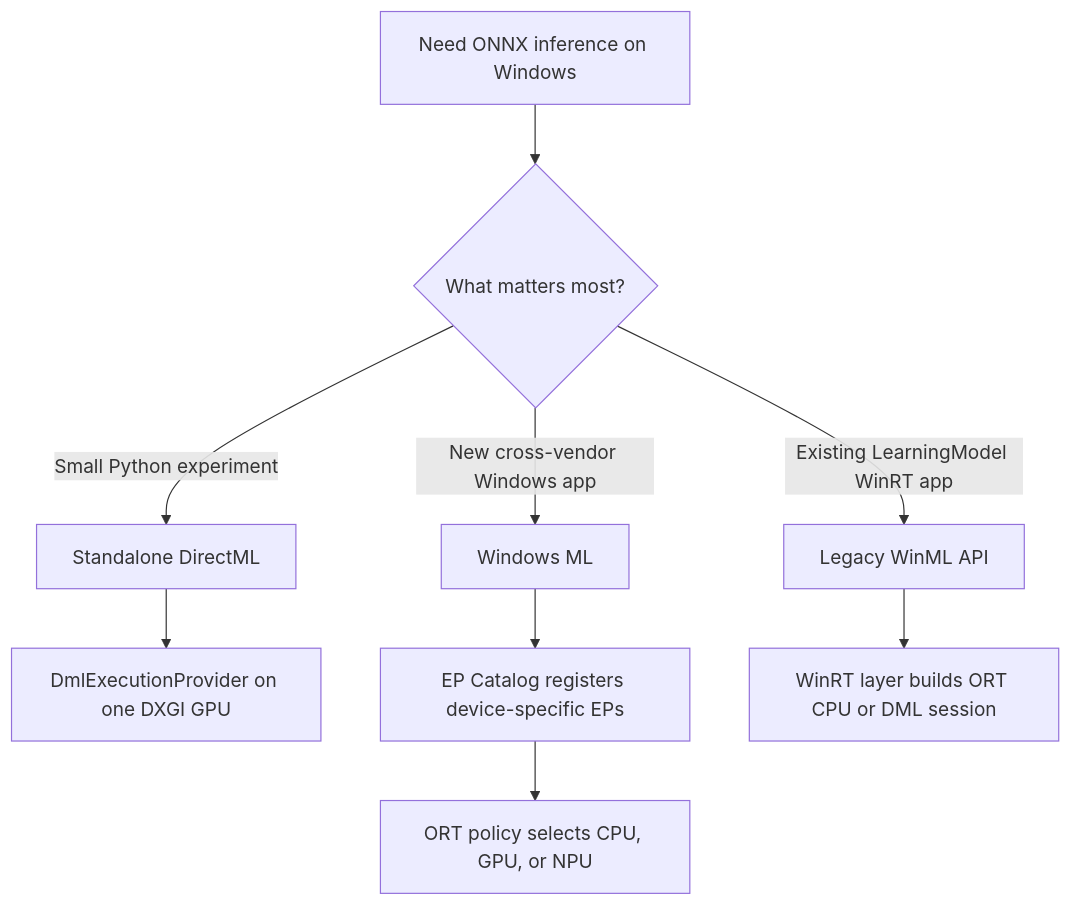
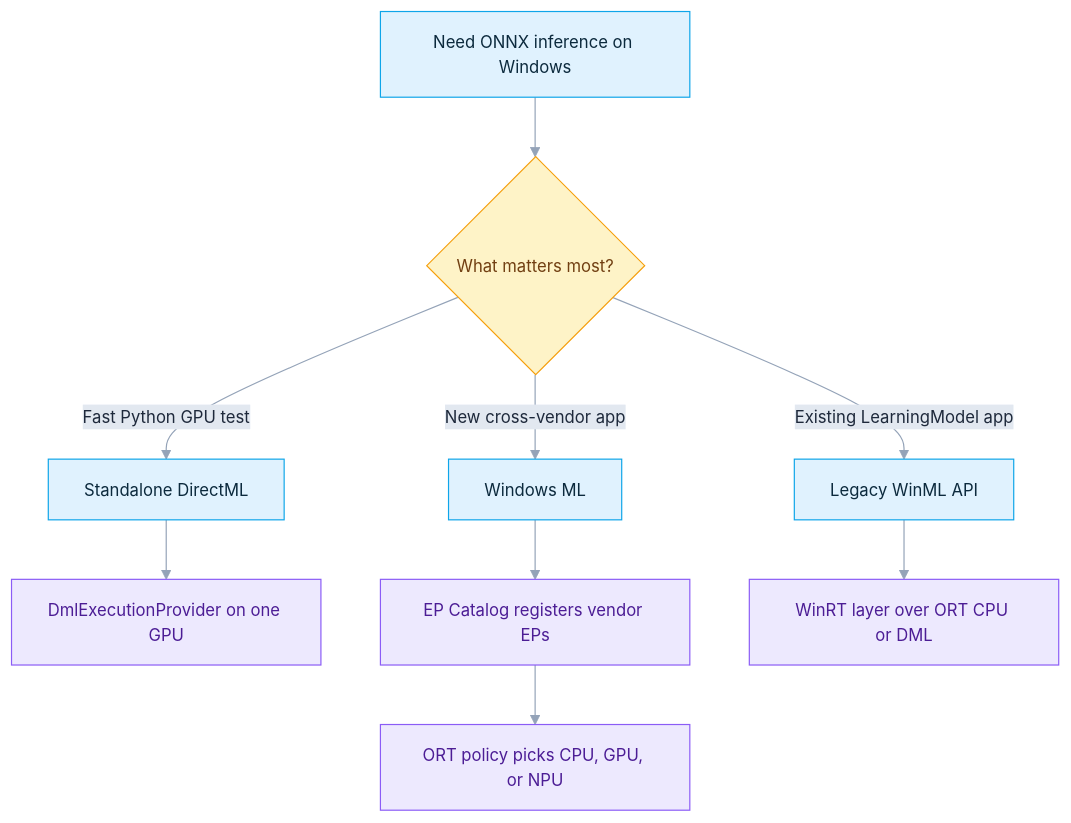
Before and after one commit to DakeQQ/Tutorial-ONNX-Runtime-Execution-Providers: the second of 12 diagrams in DirectML/README.md, drawn with Mermaid. The commit also changed other lines of this file and 15 other files, not shown here.

````diff
--- a/DirectML/README.md
+++ b/DirectML/README.md
@@ -68,11 +82,18 @@
 ```mermaid
+%%{init: {"theme":"base","themeVariables":{"fontSize":"14px","lineColor":"#94a3b8","edgeLabelBackground":"#e2e8f0","primaryTextColor":"#1e293b"}}}%%
 flowchart TD
-  A["Need ONNX inference on Windows"] --> B{"What matters most?"}
-  B -->|Small Python experiment| C["Standalone DirectML"]
-  B -->|New cross-vendor Windows app| D["Windows ML"]
-  B -->|Existing LearningModel WinRT app| E["Legacy WinML API"]
-  C --> F["DmlExecutionProvider on one DXGI GPU"]
-  D --> G["EP Catalog registers device-specific EPs"]
-  G --> H["ORT policy selects CPU, GPU, or NPU"]
-  E --> I["WinRT layer builds ORT CPU or DML session"]
+    A["Need ONNX inference on Windows"] --> B{"What matters most?"}
+    B -->|"Fast Python GPU test"| C["Standalone DirectML"]
+    B -->|"New cross-vendor app"| D["Windows ML"]
+    B -->|"Existing LearningModel app"| E["Legacy WinML API"]
+    C --> F["DmlExecutionProvider on one GPU"]
+    D --> G["EP Catalog registers vendor EPs"]
+    G --> H["ORT policy picks CPU, GPU, or NPU"]
+    E --> I["WinRT layer over ORT CPU or DML"]
+    classDef step fill:#e0f2fe,stroke:#0ea5e9,color:#0c2a3d;
+    classDef dec fill:#fef3c7,stroke:#f59e0b,color:#713f12;
+    classDef dev fill:#ede9fe,stroke:#8b5cf6,color:#4c1d95;
+    class A,C,D,E step;
+    class B dec;
+    class F,G,H,I dev;
 ```
````
